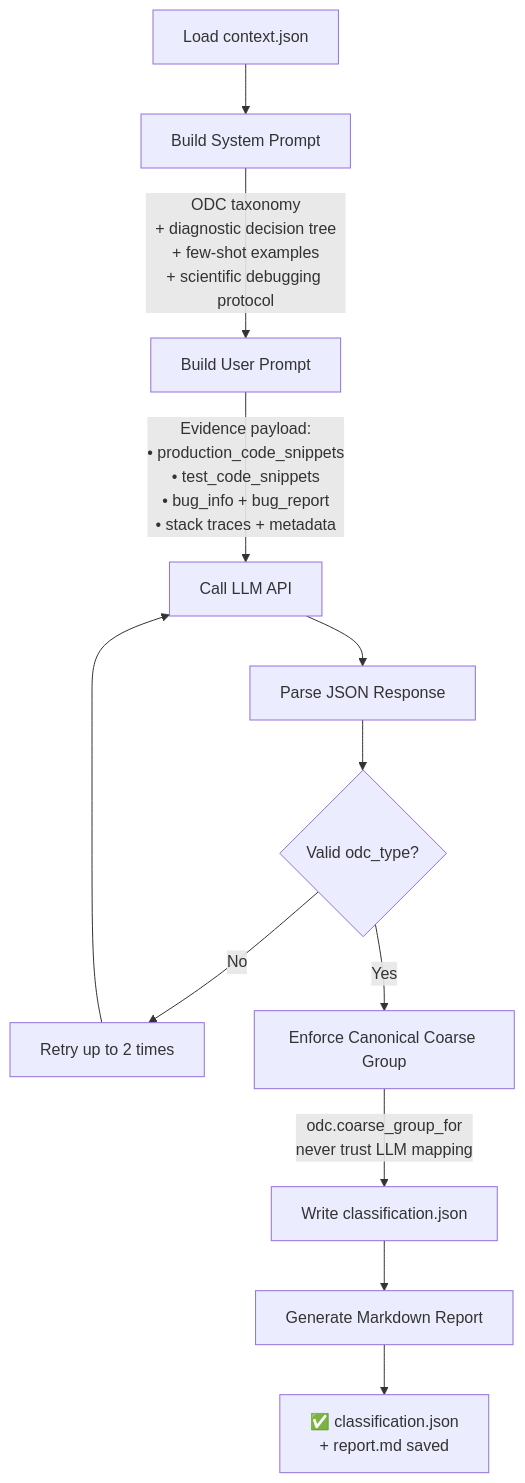
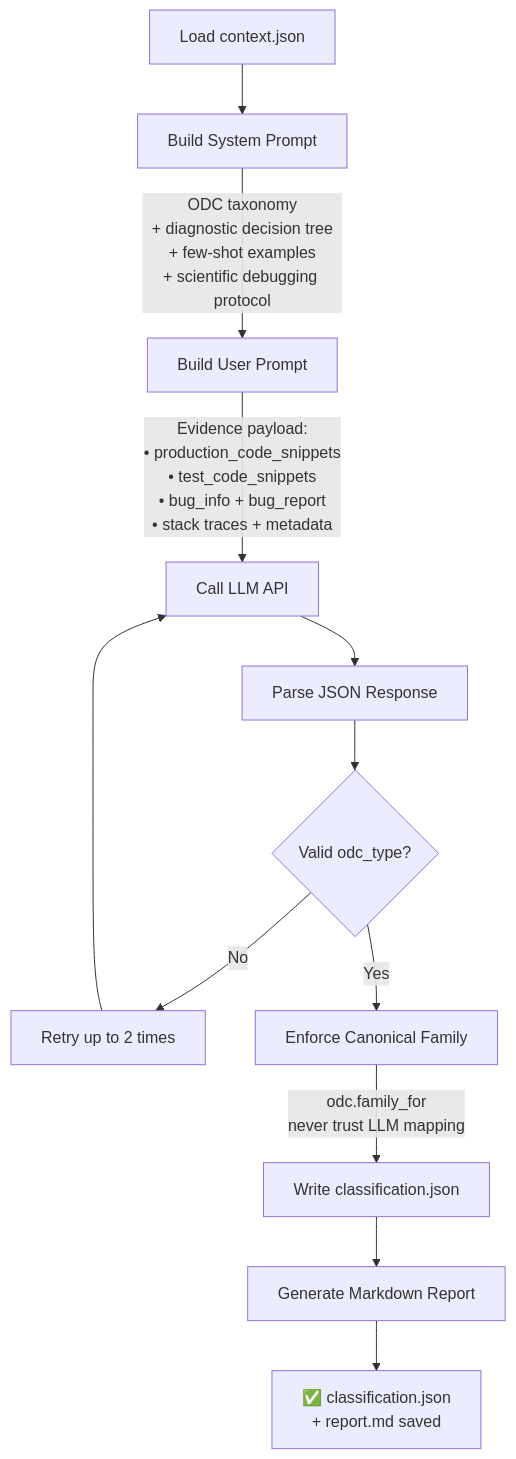
The second of 3 diagrams in README.md (hasin023/d4j_odc_implementation), drawn with Mermaid before and after one commit. The commit also changed other lines of this file and 9 other files, not shown here.

````diff
--- a/README.md
+++ b/README.md
@@ -39,14 +39,14 @@
 ```mermaid
 flowchart TD
     A[Load context.json] --> B[Build System Prompt]
     B --> |"ODC taxonomy\n+ diagnostic decision tree\n+ few-shot examples\n+ scientific debugging protocol"| C[Build User Prompt]
     C --> |"Evidence payload:\n• production_code_snippets\n• test_code_snippets\n• bug_info + bug_report\n• stack traces + metadata"| D[Call LLM API]
     D --> E[Parse JSON Response]
     E --> F{Valid odc_type?}
     F -->|No| G[Retry up to 2 times]
     G --> D
-    F -->|Yes| H[Enforce Canonical Coarse Group]
-    H --> |"odc.coarse_group_for\nnever trust LLM mapping"| I[Write classification.json]
+    F -->|Yes| H[Enforce Canonical Family]
+    H --> |"odc.family_for\nnever trust LLM mapping"| I[Write classification.json]
     I --> J[Generate Markdown Report]
     J --> K["✅ classification.json\n+ report.md saved"]
 ```
````
